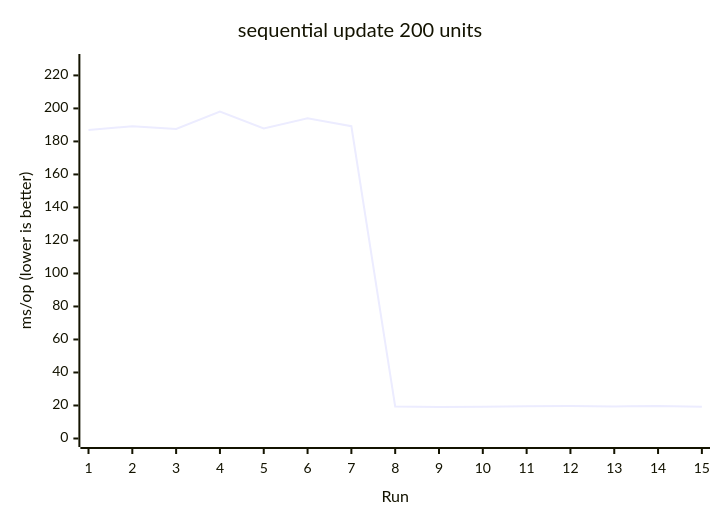
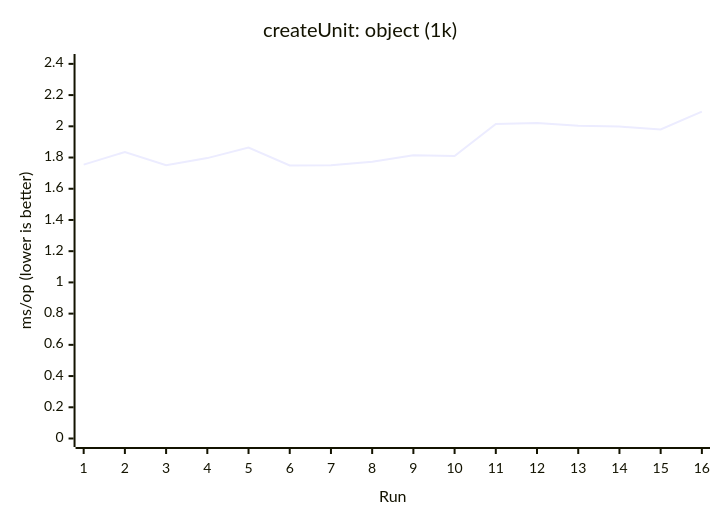
One commit to AIluffy/io changed the tenth of 17 diagrams in apps/docs/src/content/docs/en/guides/benchmark.mdx. Above: the diagram before and after it, drawn with Mermaid. The commit also changed other lines of this file and 25 other files, not shown here.

````diff
--- a/apps/docs/src/content/docs/en/guides/benchmark.mdx
+++ b/apps/docs/src/content/docs/en/guides/benchmark.mdx
@@ -327,7 +312,7 @@
 ```mermaid
 xychart-beta
-  title "sequential update 200 units"
-  x-axis "Run" [1, 2, 3, 4, 5, 6, 7, 8, 9, 10, 11, 12, 13, 14, 15]
-  y-axis "ms/op (lower is better)" 0 --> 227.822
-  line [186.9116, 189.1437, 187.5276, 198.1061, 187.8507, 193.992, 189.2093, 19.3745, 19.157, 19.247, 19.5097, 19.665, 19.4525, 19.6475, 19.1882]
+  title "createUnit: object (1k)"
+  x-axis "Run" [1, 2, 3, 4, 5, 6, 7, 8, 9, 10, 11, 12, 13, 14, 15, 16]
+  y-axis "ms/op (lower is better)" 0 --> 2.4088
+  line [1.7544, 1.8351, 1.7504, 1.7963, 1.8644, 1.7495, 1.7498, 1.7729, 1.8142, 1.8094, 2.0156, 2.0205, 2.0043, 1.9985, 1.9802, 2.0946]
 ```
````
